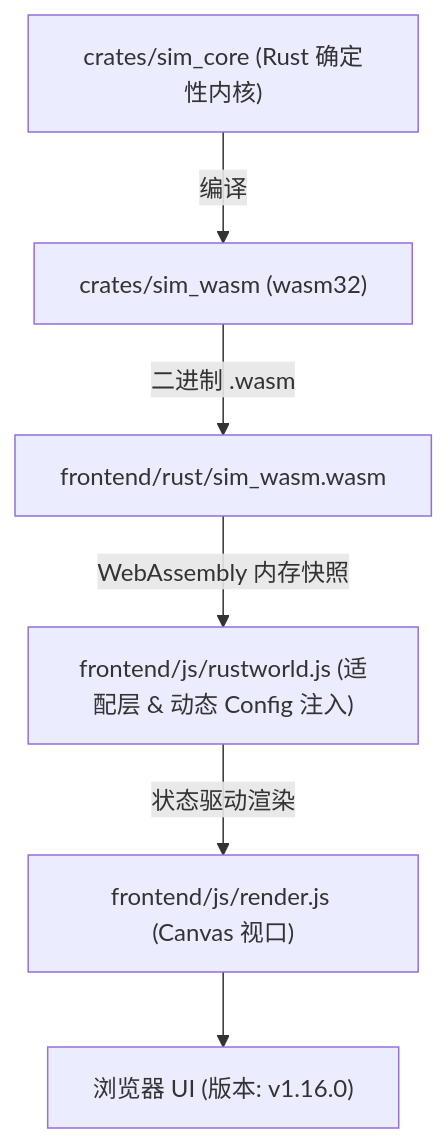
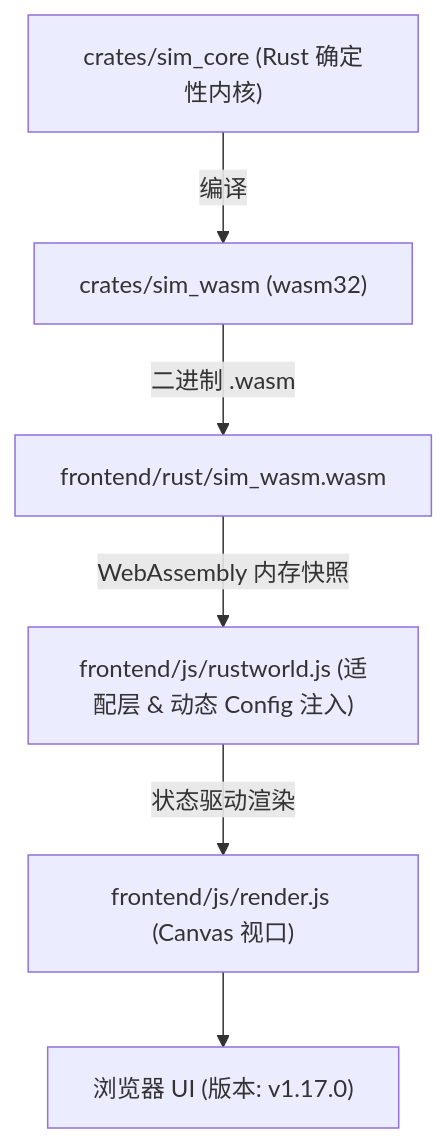
One commit to g39088902/FlowAndAccord changed the diagram in AGENTS.md. Above: the diagram before and after it, drawn with Mermaid. The commit also changed other lines of this file and 11 other files, not shown here.

````diff
--- a/AGENTS.md
+++ b/AGENTS.md
@@ -50,8 +50,8 @@
 ```mermaid
 graph TD
     A["crates/sim_core (Rust 确定性内核)"] -->|编译| B["crates/sim_wasm (wasm32)"]
     B -->|二进制 .wasm| C["frontend/rust/sim_wasm.wasm"]
     C -->|WebAssembly 内存快照| D["frontend/js/rustworld.js (适配层 & 动态 Config 注入)"]
     D -->|状态驱动渲染| E["frontend/js/render.js (Canvas 视口)"]
-    E --> F["浏览器 UI (版本: v1.16.0)"]
+    E --> F["浏览器 UI (版本: v1.17.0)"]
 ```
````
